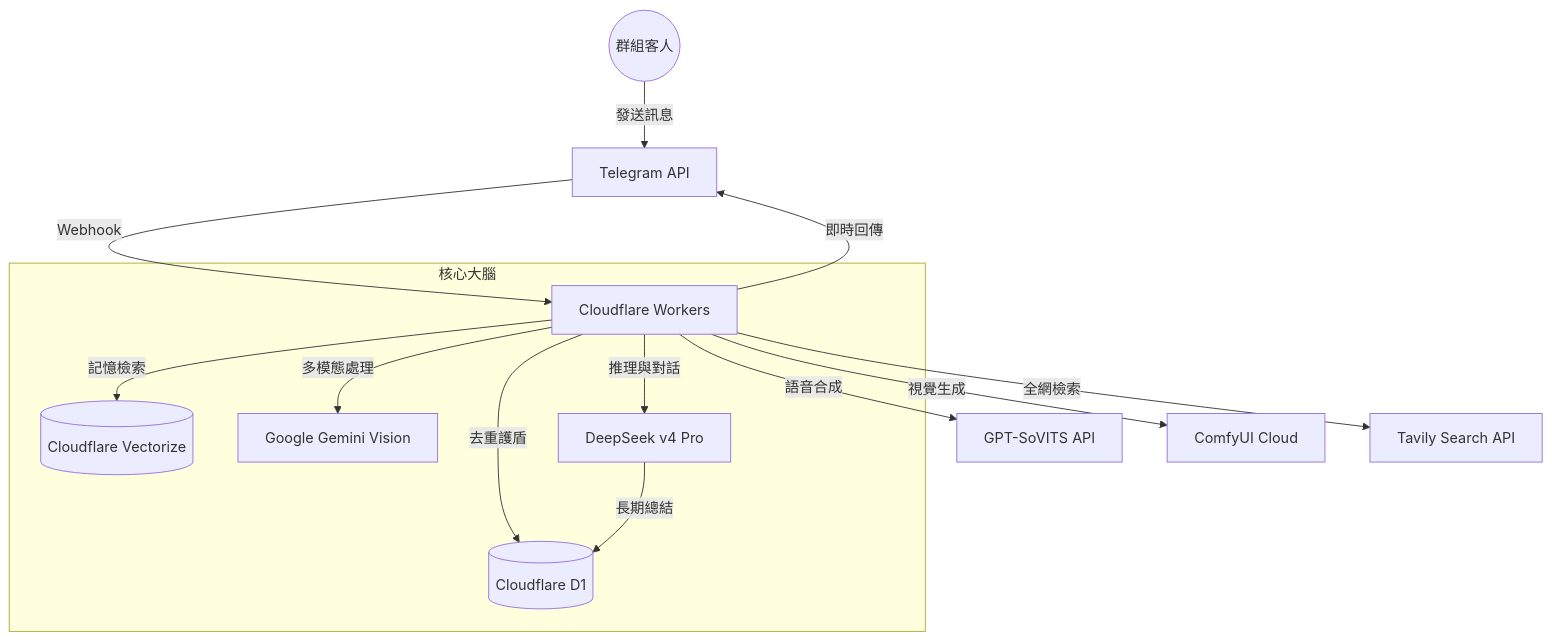
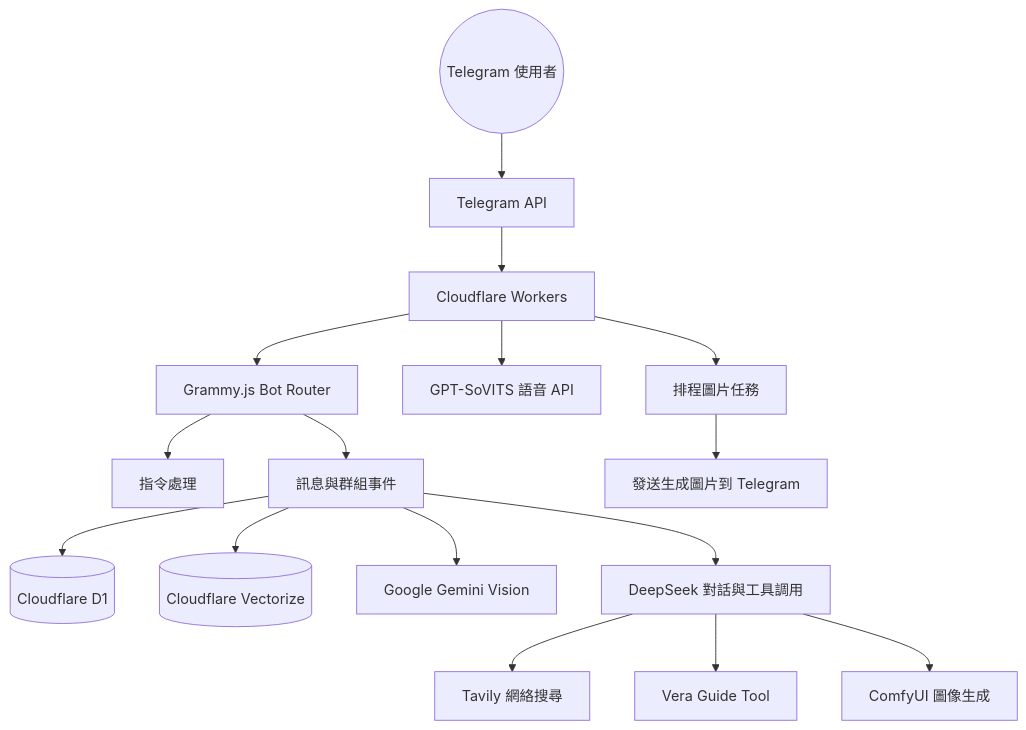
Before and after one commit to rachelqwq419/Vera-bot: the second of 2 diagrams in README.md, drawn with Mermaid. The commit also changed other lines of this file, not shown here.

````diff
--- a/README.md
+++ b/README.md
@@ -68,18 +192,22 @@
 ```mermaid
 graph TD
-    User((群組客人)) -->|發送訊息| TG[Telegram API]
-    TG -->|Webhook| CFW[Cloudflare Workers]
-    
-    subgraph "核心大腦"
-        CFW -->|去重護盾| D1[(Cloudflare D1)]
-        CFW -->|記憶檢索| VEC[(Cloudflare Vectorize)]
-        CFW -->|多模態處理| GEM[Google Gemini Vision]
-        CFW -->|推理與對話| DS[DeepSeek v4 Pro]
-        DS -->|長期總結| D1
-    end
-    
-    CFW -->|語音合成| VS[GPT-SoVITS API]
-    CFW -->|視覺生成| CUI[ComfyUI Cloud]
-    CFW -->|全網檢索| TAV[Tavily Search API]
-    CFW -->|即時回傳| TG
+    User((Telegram 使用者)) --> TG[Telegram API]
+    TG --> Worker[Cloudflare Workers]
+
+    Worker --> Grammy[Grammy.js Bot Router]
+    Grammy --> Commands[指令處理]
+    Grammy --> Events[訊息與群組事件]
+
+    Events --> D1[(Cloudflare D1)]
+    Events --> Vector[(Cloudflare Vectorize)]
+    Events --> Gemini[Google Gemini Vision]
+    Events --> DeepSeek[DeepSeek 對話與工具調用]
+
+    DeepSeek --> Tavily[Tavily 網絡搜尋]
+    DeepSeek --> Guide[Vera Guide Tool]
+    DeepSeek --> ComfyUI[ComfyUI 圖像生成]
+
+    Worker --> Voice[GPT-SoVITS 語音 API]
+    Worker --> Cron[排程圖片任務]
+    Cron --> TelegramSend[發送生成圖片到 Telegram]
 ```
````
